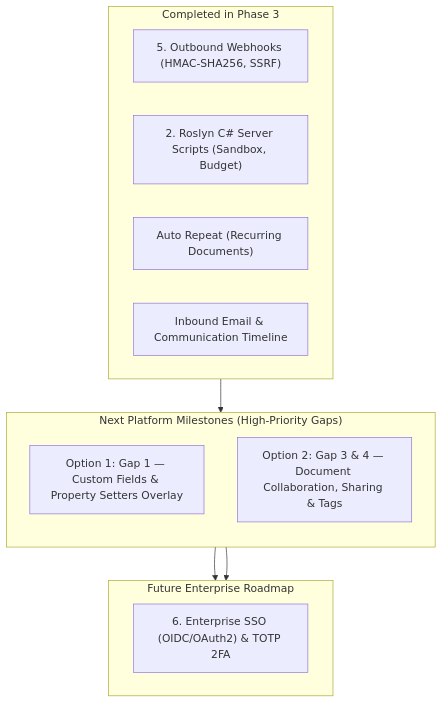
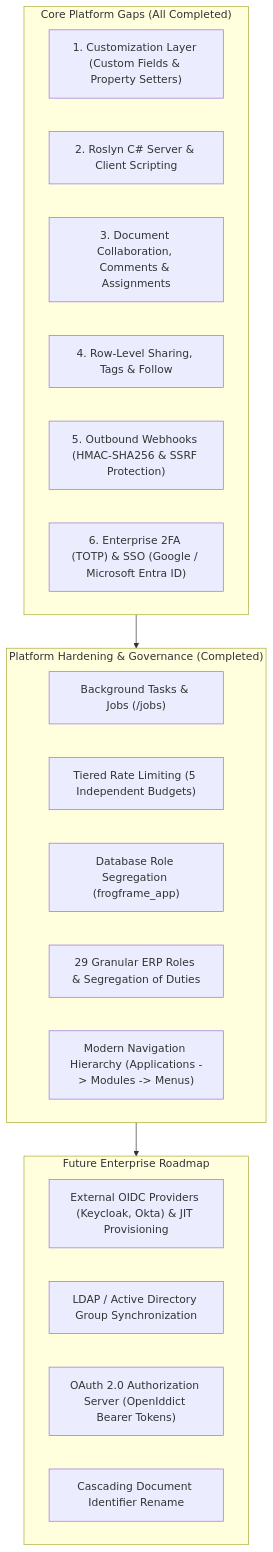
Before and after one commit to frogframework-admin/frogframe: the diagram in docs/high-priority-gaps.md, drawn with Mermaid. The commit also changed other lines of this file and 29 other files, not shown here.

````diff
--- a/docs/high-priority-gaps.md
+++ b/docs/high-priority-gaps.md
@@ -329,23 +220,29 @@
 ```mermaid
 flowchart TD
-    subgraph Done["Completed in Phase 3"]
-        W["5. Outbound Webhooks (HMAC-SHA256, SSRF)"]
-        S["2. Roslyn C# Server Scripts (Sandbox, Budget)"]
-        AR["Auto Repeat (Recurring Documents)"]
-        EM["Inbound Email & Communication Timeline"]
+    subgraph CoreGaps["Core Platform Gaps (All Completed)"]
+        G1["1. Customization Layer (Custom Fields & Property Setters)"]
+        G2["2. Roslyn C# Server & Client Scripting"]
+        G3["3. Document Collaboration, Comments & Assignments"]
+        G4["4. Row-Level Sharing, Tags & Follow"]
+        G5["5. Outbound Webhooks (HMAC-SHA256 & SSRF Protection)"]
+        G6["6. Enterprise 2FA (TOTP) & SSO (Google / Microsoft Entra ID)"]
     end
 
-    subgraph Next["Next Platform Milestones (High-Priority Gaps)"]
-        direction TB
-        M1["Option 1: Gap 1 — Custom Fields & Property Setters Overlay"]
-        M2["Option 2: Gap 3 & 4 — Document Collaboration, Sharing & Tags"]
+    subgraph Hardening["Platform Hardening & Governance (Completed)"]
+        B["Background Tasks & Jobs (/jobs)"]
+        RL["Tiered Rate Limiting (5 Independent Budgets)"]
+        DR["Database Role Segregation (frogframe_app)"]
+        GR["29 Granular ERP Roles & Segregation of Duties"]
+        NAV["Modern Navigation Hierarchy (Applications -> Modules -> Menus)"]
     end
 
     subgraph Future["Future Enterprise Roadmap"]
-        SSO["6. Enterprise SSO (OIDC/OAuth2) & TOTP 2FA"]
+        OIDC["External OIDC Providers (Keycloak, Okta) & JIT Provisioning"]
+        LDAP["LDAP / Active Directory Group Synchronization"]
+        AUTH_SERVER["OAuth 2.0 Authorization Server (OpenIddict Bearer Tokens)"]
+        DOC_RENAME["Cascading Document Identifier Rename"]
     end
 
-    Done --> Next
-    M1 --> Future
-    M2 --> Future
+    CoreGaps --> Hardening
+    Hardening --> Future
 ```
````
